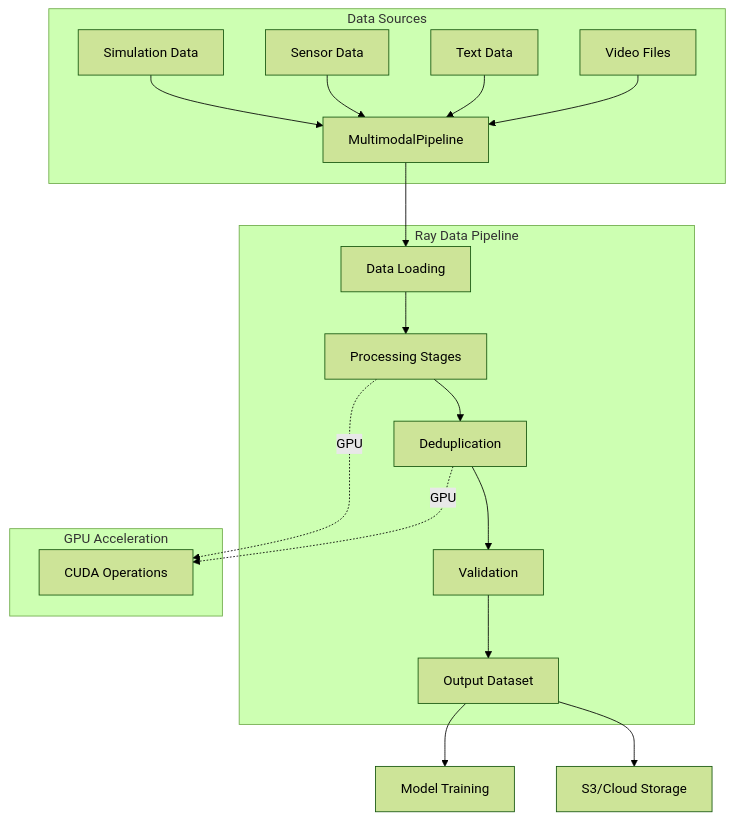
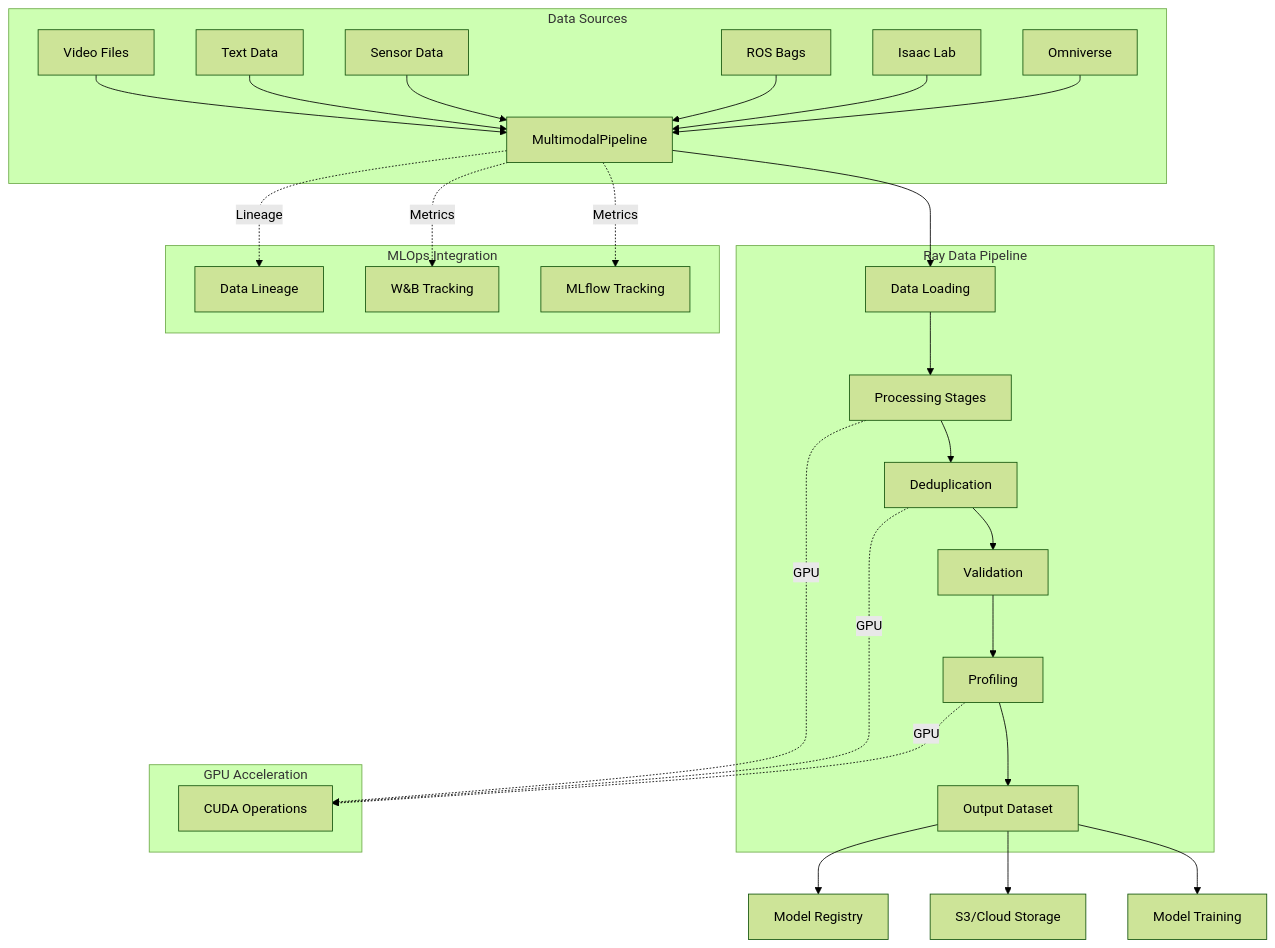
The third of 12 diagrams in README.md (stephenoffer/nvidia-demo), drawn with Mermaid (forest theme) before and after one commit. The commit also changed other lines of this file and 68 other files, not shown here.

````diff
--- a/README.md
+++ b/README.md
@@ -18,25 +208,36 @@
 ```mermaid
 graph TB
     subgraph "Data Sources"
         A[Video Files] --> Pipeline
         B[Text Data] --> Pipeline
         C[Sensor Data] --> Pipeline
-        D[Simulation Data] --> Pipeline
+        D[ROS Bags] --> Pipeline
+        E[Isaac Lab] --> Pipeline
+        F[Omniverse] --> Pipeline
     end
     
     subgraph "Ray Data Pipeline"
         Pipeline[MultimodalPipeline] --> Load[Data Loading]
         Load --> Process[Processing Stages]
         Process --> Dedup[Deduplication]
         Dedup --> Validate[Validation]
-        Validate --> Output[Output Dataset]
+        Validate --> Profile[Profiling]
+        Profile --> Output[Output Dataset]
     end
     
     subgraph "GPU Acceleration"
         Dedup -.->|GPU| CUDA[CUDA Operations]
         Process -.->|GPU| CUDA
+        Profile -.->|GPU| CUDA
+    end
+    
+    subgraph "MLOps Integration"
+        Pipeline -.->|Metrics| MLflow[MLflow Tracking]
+        Pipeline -.->|Metrics| WandB[W&B Tracking]
+        Pipeline -.->|Lineage| OpenLineage[Data Lineage]
     end
     
     Output --> Train[Model Training]
     Output --> Storage[S3/Cloud Storage]
+    Output --> Registry[Model Registry]
 ```
````
